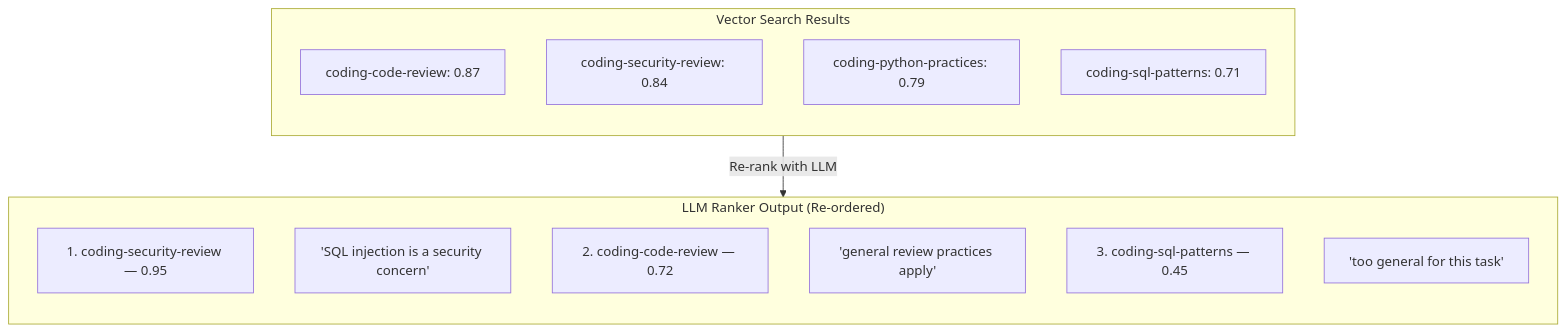
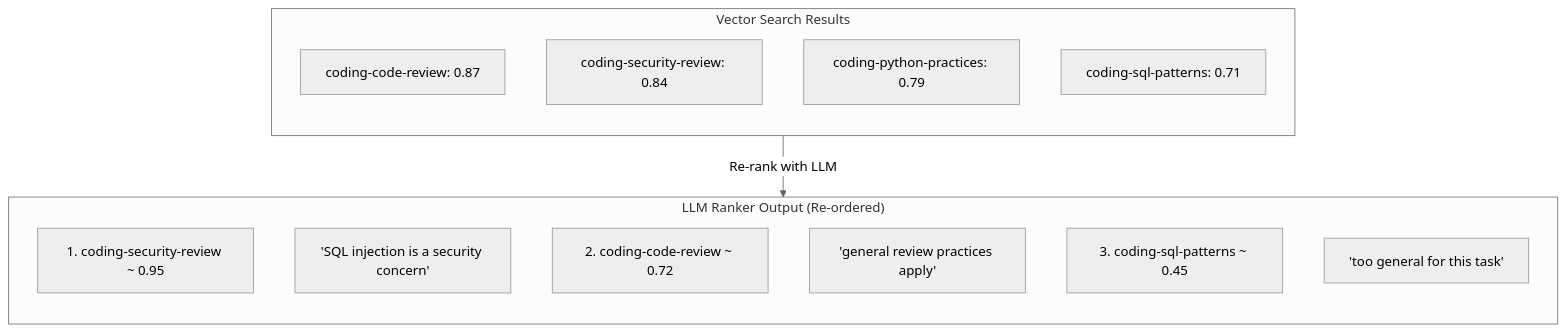
The sixth of 10 diagrams in docs/skill-evolution.md (paulpas/agent-skill-router), drawn with Mermaid before and after one commit. The commit also changed other lines of this file, not shown here.

Commit message:
docs: improve Mermaid diagrams per mermaid-diagrams skill guidelines — add alt-text descriptions, edge labels, YAML config, ASCII safety, and semantic styling

````diff
--- a/docs/skill-evolution.md
+++ b/docs/skill-evolution.md
@@ -305,22 +321,26 @@
 ```mermaid
+---
+config:
+  theme: neutral
+---
 flowchart TD
     subgraph Vector["Vector Search Results"]
         direction TB
         V1["coding-code-review: 0.87"]
         V2["coding-security-review: 0.84"]
         V3["coding-python-practices: 0.79"]
         V4["coding-sql-patterns: 0.71"]
     end
 
     Vector -->|"Re-rank with LLM"| ReRank
 
     subgraph ReRank["LLM Ranker Output (Re-ordered)"]
         direction TB
-        R1["1. coding-security-review — 0.95"]
+        R1["1. coding-security-review ~ 0.95"]
         R2["    'SQL injection is a security concern'"]
-        R3["2. coding-code-review — 0.72"]
+        R3["2. coding-code-review ~ 0.72"]
         R4["    'general review practices apply'"]
-        R5["3. coding-sql-patterns — 0.45"]
+        R5["3. coding-sql-patterns ~ 0.45"]
         R6["    'too general for this task'"]
     end
 ```
````
